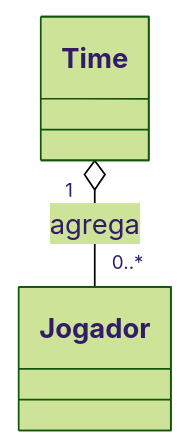
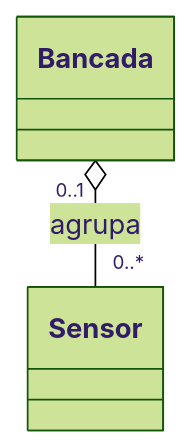
The sixth of 7 diagrams in docs/modelagem_analise_codigo/index.md (rafaelrezo/curso-poo), drawn with Mermaid (forest theme) before and after one commit. The commit also changed other lines of this file and 56 other files, not shown here.

````diff
--- a/docs/modelagem_analise_codigo/index.md
+++ b/docs/modelagem_analise_codigo/index.md
@@ -342,7 +186,4 @@
-``` mermaid
+```mermaid
 classDiagram
-    class Time
-    class Jogador
-
-    Time "1" o-- "0..*" Jogador : agrega
+    Bancada "0..1" o-- "0..*" Sensor : agrupa
 ```
````
